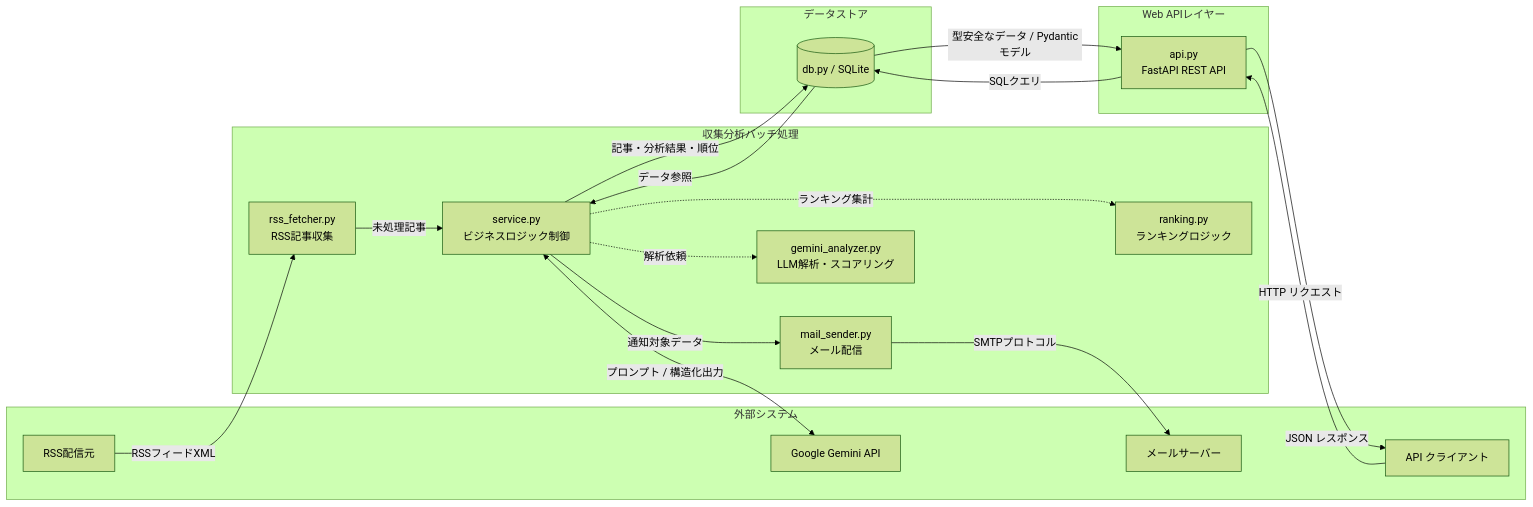
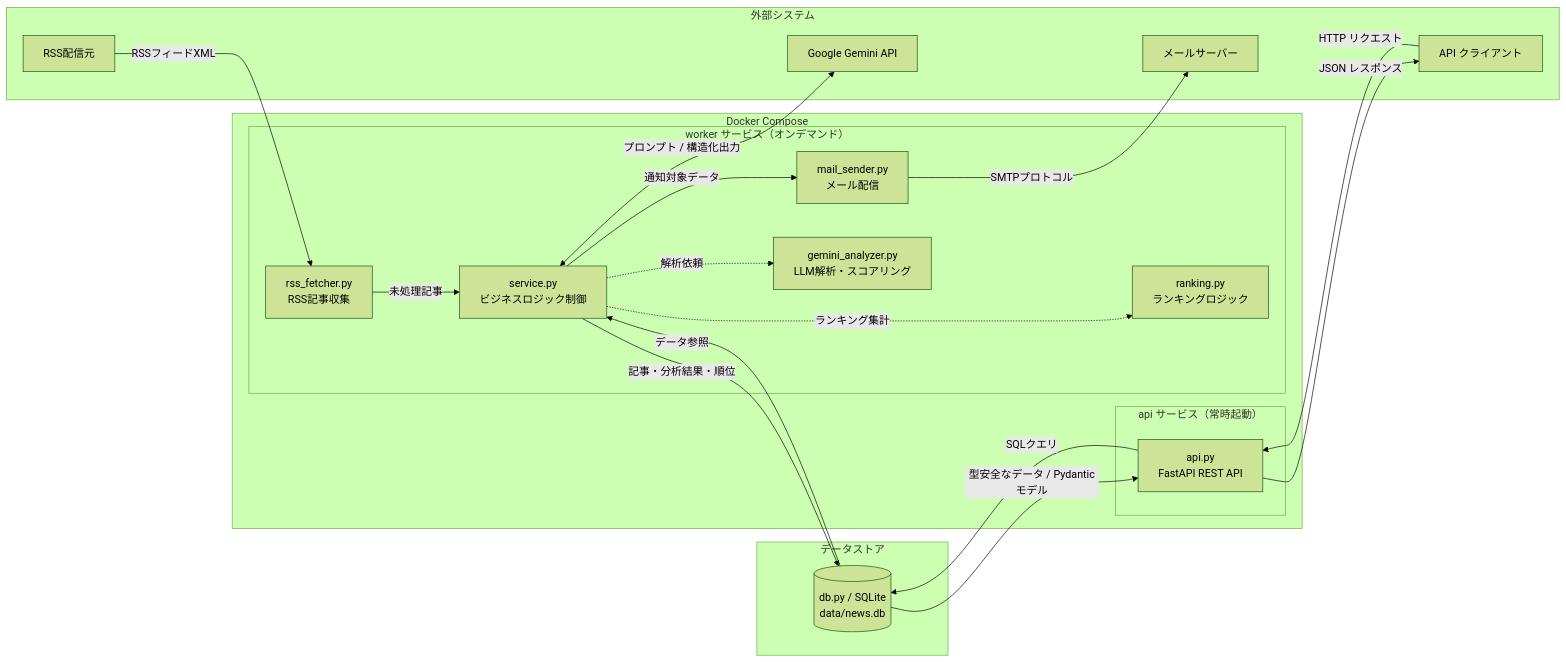
Before and after one commit to neucorino/itnews-autocollector: the first of 2 diagrams in README.md, drawn with Mermaid (forest theme). The commit also changed other lines of this file and 2 other files, not shown here.

Commit message:
feat: Update CHANGELOG and README for v1.3.0, highlighting Docker support and service separation

````diff
--- a/README.md
+++ b/README.md
@@ -171,48 +176,44 @@
 ```mermaid
 flowchart LR
-    subgraph 外部システム
+    subgraph ext["外部システム"]
         Web[RSS配信元]
         GeminiAPI[Google Gemini API]
         SMTP[メールサーバー]
         Client[API クライアント]
     end
 
-    subgraph 収集分析バッチ処理
-        fetch[rss_fetcher.py<br/>RSS記事収集]
-        service[service.py<br/>ビジネスロジック制御]
-        analyze[gemini_analyzer.py<br/>LLM解析・スコアリング]
-        rank[ranking.py<br/>ランキングロジック]
-        notify[mail_sender.py<br/>メール配信]
+    subgraph dc["Docker Compose"]
+        subgraph api["api サービス（常時起動）"]
+            apiMod[api.py<br/>FastAPI REST API]
+        end
+        subgraph worker["worker サービス（オンデマンド）"]
+            fetch[rss_fetcher.py<br/>RSS記事収集]
+            service[service.py<br/>ビジネスロジック制御]
+            analyze[gemini_analyzer.py<br/>LLM解析・スコアリング]
+            rank[ranking.py<br/>ランキングロジック]
+            notify[mail_sender.py<br/>メール配信]
+        end
     end
 
-    subgraph データストア
-        storage[(db.py / SQLite)]
+    subgraph ds["データストア"]
+        storage[(db.py / SQLite<br/>data/news.db)]
     end
 
-    subgraph Web APIレイヤー
-        api[api.py<br/>FastAPI REST API]
-    end
-
-    %% バッチ処理のデータフロー
     Web -->|RSSフィードXML| fetch
     fetch -->|未処理記事| service
-    
     service <-->|プロンプト / 構造化出力| GeminiAPI
     service -.->|解析依頼| analyze
     service -.->|ランキング集計| rank
-    
     service -->|記事・分析結果・順位| storage
     storage -->|データ参照| service
-    
     service -->|通知対象データ| notify
     notify -->|SMTPプロトコル| SMTP
 
-    %% REST APIのデータフロー
-    Client -->|HTTP リクエスト| api
-    api -->|SQLクエリ| storage
-    storage -->|型安全なデータ / Pydanticモデル| api
-    api -->|JSON レスポンス| Client
+    Client -->|HTTP リクエスト| apiMod
+    apiMod -->|SQLクエリ| storage
+    storage -->|型安全なデータ / Pydanticモデル| apiMod
+    apiMod -->|JSON レスポンス| Client
 
-    %% レイアウト微調整用の不可視線
     analyze ~~~ rank
+    
 ```
````
